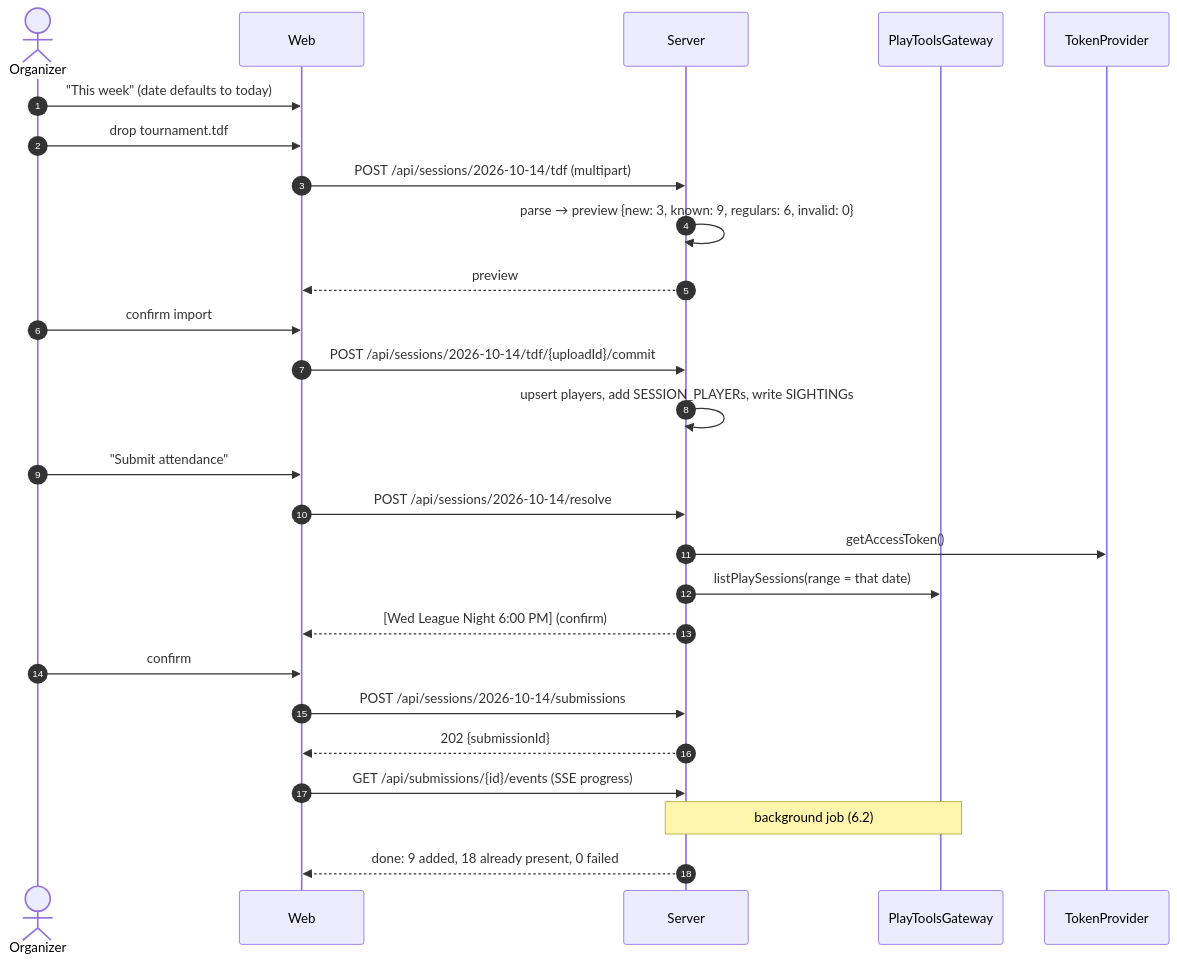
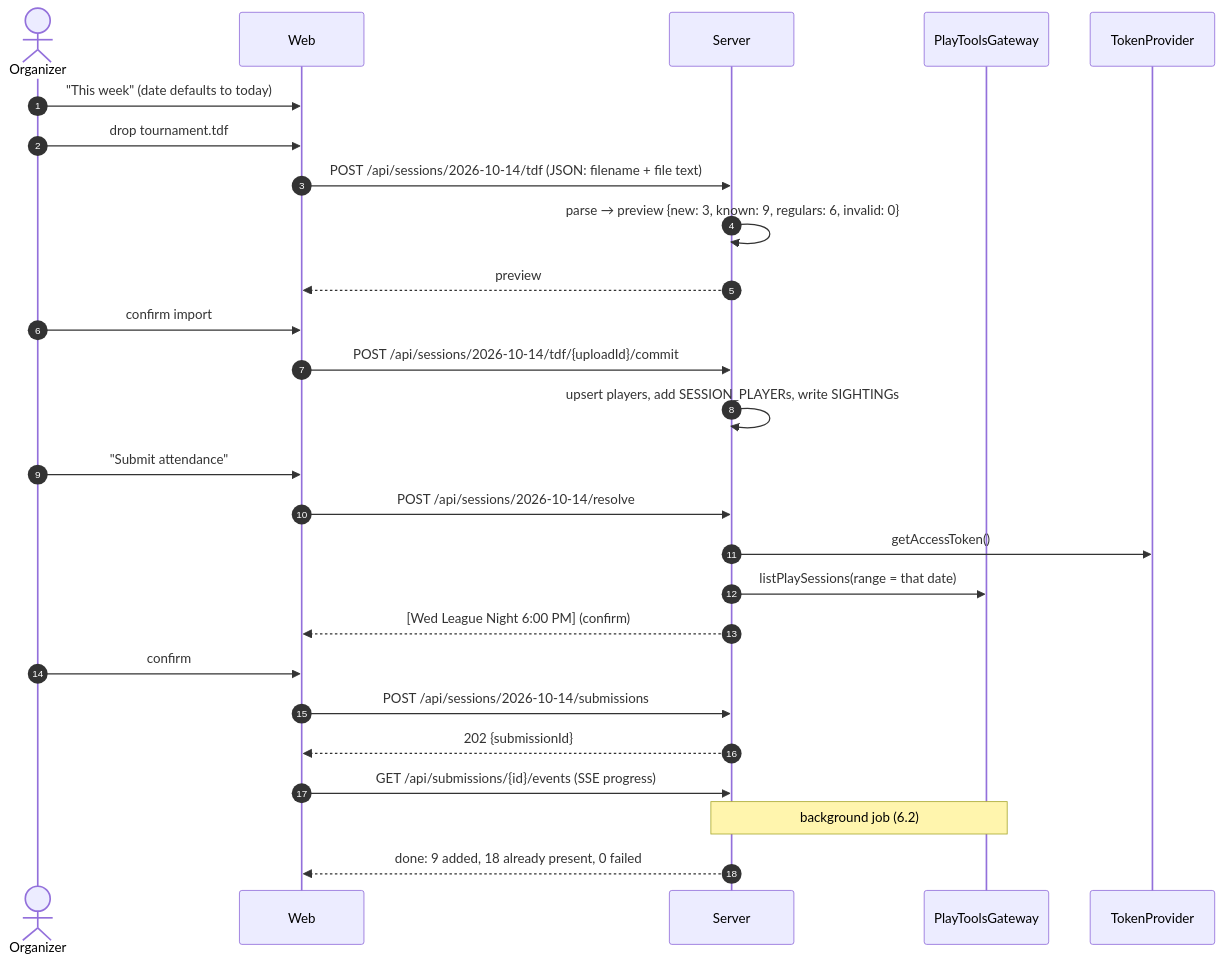
The fourth of 5 diagrams in docs/architecture/README.md (Towerism/play-pokemon-attendance-web), drawn with Mermaid before and after one commit. The commit also changed other lines of this file and 8 other files, not shown here.

````diff
--- a/docs/architecture/README.md
+++ b/docs/architecture/README.md
@@ -393,29 +403,29 @@
 ```mermaid
 sequenceDiagram
   autonumber
   actor O as Organizer
   participant W as Web
   participant S as Server
   participant G as PlayToolsGateway
   participant T as TokenProvider
 
   O->>W: "This week" (date defaults to today)
   O->>W: drop tournament.tdf
-  W->>S: POST /api/sessions/2026-10-14/tdf (multipart)
+  W->>S: POST /api/sessions/2026-10-14/tdf (JSON: filename + file text)
   S->>S: parse → preview {new: 3, known: 9, regulars: 6, invalid: 0}
   S-->>W: preview
   O->>W: confirm import
   W->>S: POST /api/sessions/2026-10-14/tdf/{uploadId}/commit
   S->>S: upsert players, add SESSION_PLAYERs, write SIGHTINGs
   O->>W: "Submit attendance"
   W->>S: POST /api/sessions/2026-10-14/resolve
   S->>T: getAccessToken()
   S->>G: listPlaySessions(range = that date)
   S-->>W: [Wed League Night 6:00 PM]  (confirm)
   O->>W: confirm
   W->>S: POST /api/sessions/2026-10-14/submissions
   S-->>W: 202 {submissionId}
   W->>S: GET /api/submissions/{id}/events (SSE progress)
   Note over S,G: background job (6.2)
   S-->>W: done: 9 added, 18 already present, 0 failed
 ```
````
